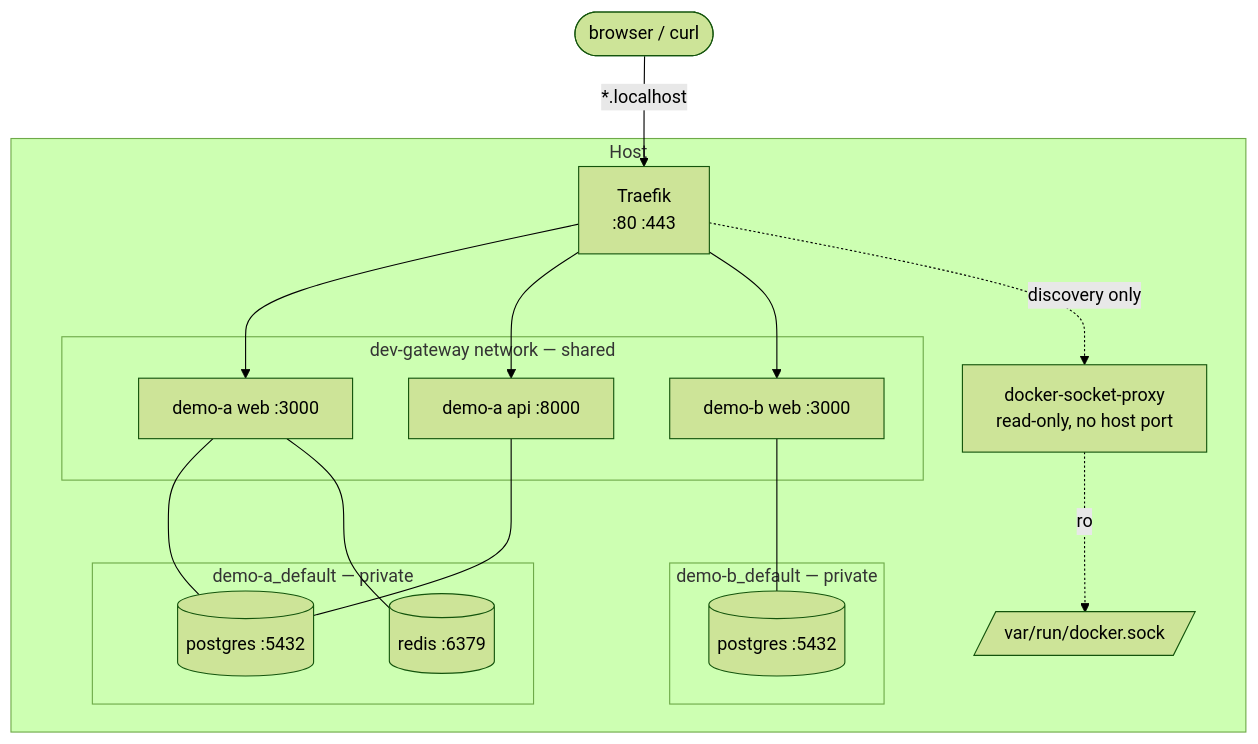
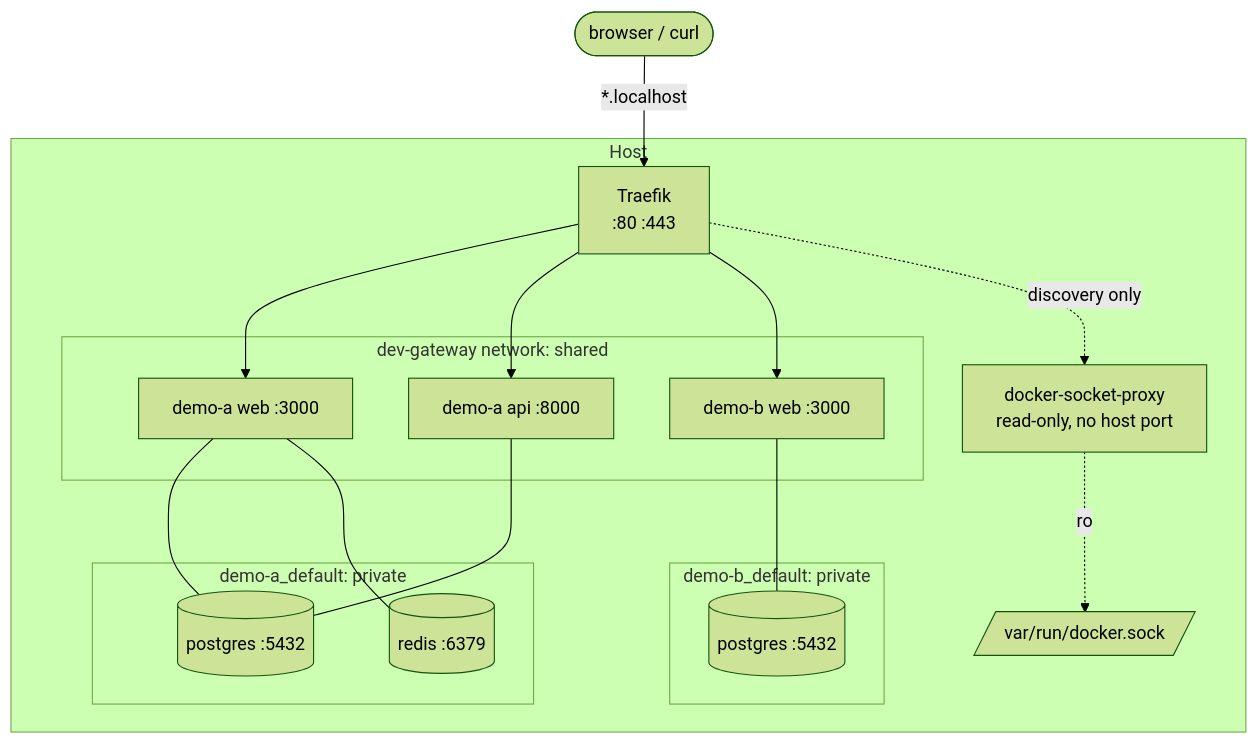
The diagram in README.md (fabioassuncao/dev-gateway), drawn with Mermaid (forest theme) before and after one commit. The commit also changed other lines of this file and 83 other files, not shown here.

````diff
--- a/README.md
+++ b/README.md
@@ -67,28 +67,28 @@
 ```mermaid
 flowchart TB
     client([browser / curl])
     subgraph host [Host]
         traefik[Traefik<br/>:80 :443]
         proxy[docker-socket-proxy<br/>read-only, no host port]
         socket[/var/run/docker.sock/]
-        subgraph shared [dev-gateway network — shared]
+        subgraph shared [dev-gateway network: shared]
             aweb[demo-a web :3000]
             aapi[demo-a api :8000]
             bweb[demo-b web :3000]
         end
-        subgraph pa [demo-a_default — private]
+        subgraph pa [demo-a_default: private]
             apg[(postgres :5432)]
             ard[(redis :6379)]
         end
-        subgraph pb [demo-b_default — private]
+        subgraph pb [demo-b_default: private]
             bpg[(postgres :5432)]
         end
     end
     client -->|"*.localhost"| traefik
     traefik --> aweb & aapi & bweb
     traefik -. "discovery only" .-> proxy
     proxy -. ro .-> socket
     aweb --- apg & ard
     aapi --- apg
     bweb --- bpg
 ```
````
